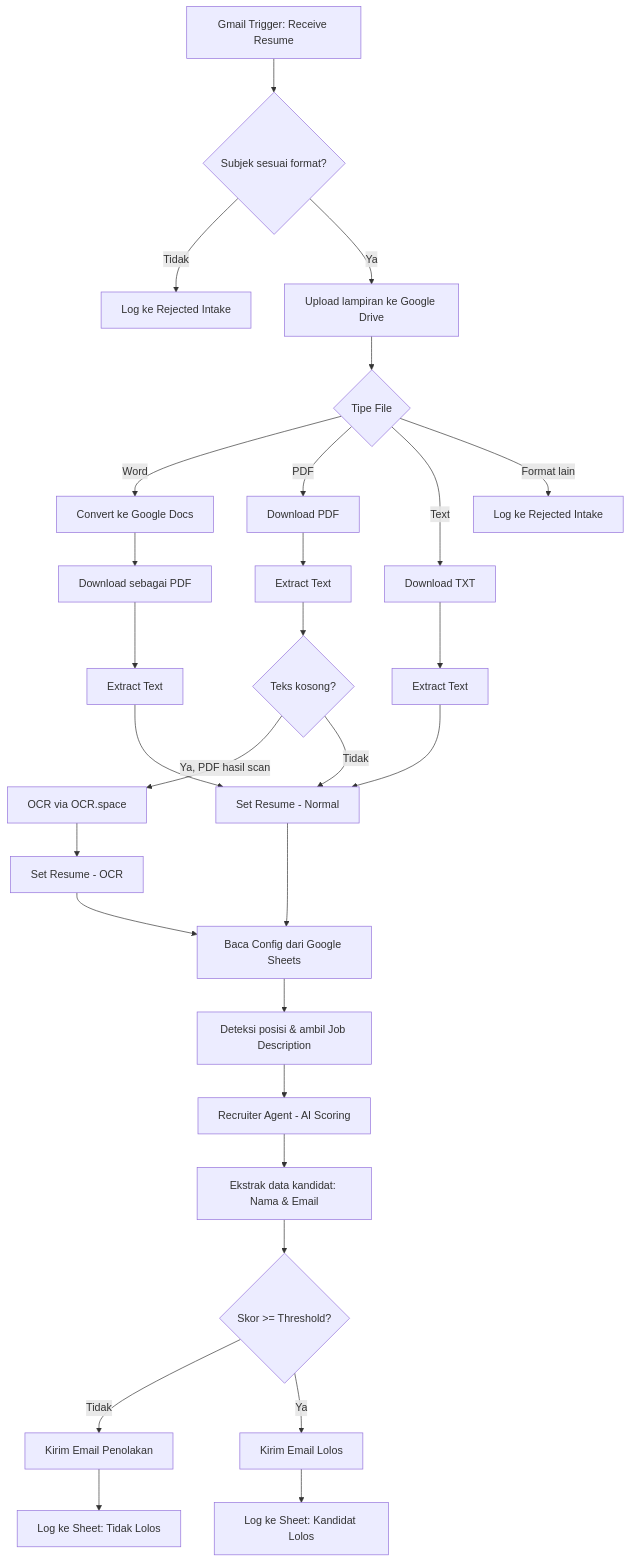
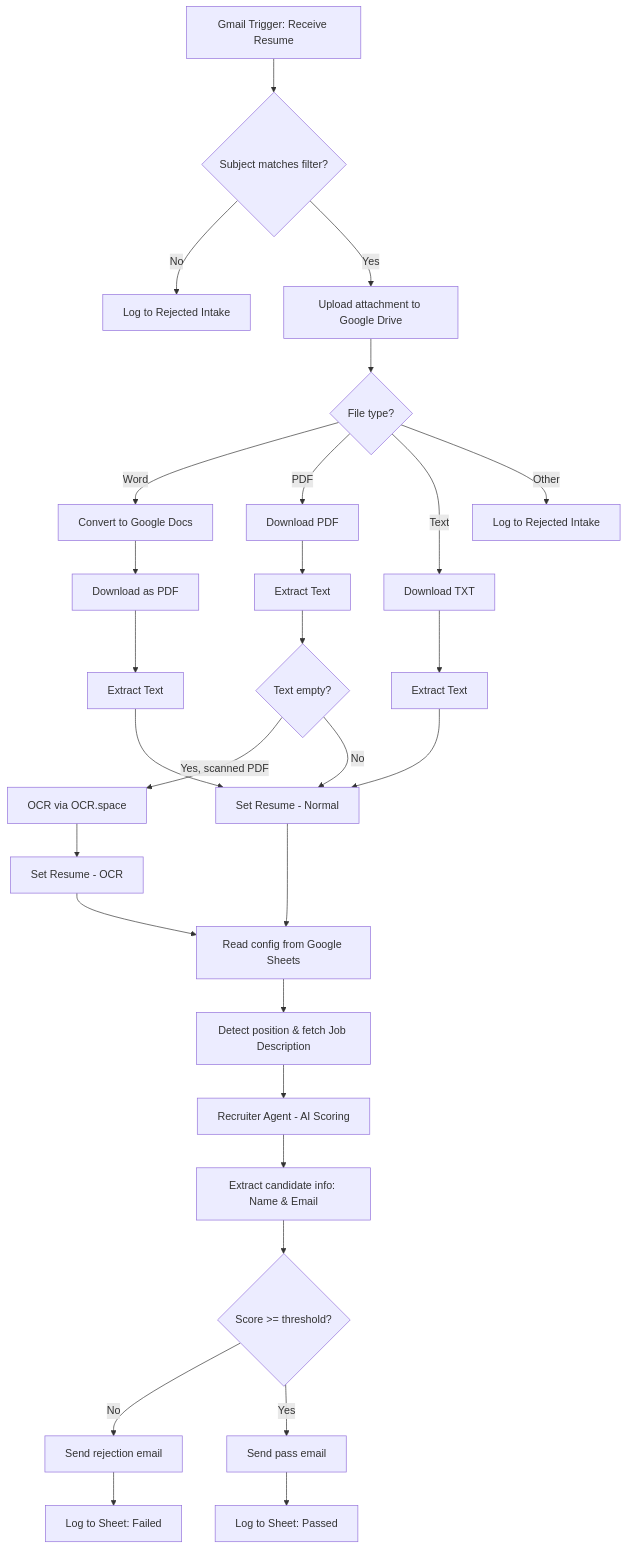
The diagram in cv-screener-ai/README.md (syahelgibran/n8n-automation-portfolio), drawn with Mermaid before and after one commit. The commit also changed other lines of this file, not shown here.

````diff
--- a/cv-screener-ai/README.md
+++ b/cv-screener-ai/README.md
@@ -18,22 +40,22 @@
 ```mermaid
 flowchart TD
-    A[Gmail Trigger: Receive Resume] --> B{Subjek sesuai format?}
-    B -- Tidak --> B1[Log ke Rejected Intake]
-    B -- Ya --> C[Upload lampiran ke Google Drive]
-    C --> D{Tipe File}
-    D -- Word --> D1[Convert ke Google Docs] --> D2[Download sebagai PDF] --> D3[Extract Text]
-    D -- PDF --> D4[Download PDF] --> D5[Extract Text] --> D6{Teks kosong?}
-    D6 -- Ya, PDF hasil scan --> D7[OCR via OCR.space] --> D8[Set Resume - OCR]
-    D6 -- Tidak --> D9[Set Resume - Normal]
+    A[Gmail Trigger: Receive Resume] --> B{Subject matches filter?}
+    B -- No --> B1[Log to Rejected Intake]
+    B -- Yes --> C[Upload attachment to Google Drive]
+    C --> D{File type?}
+    D -- Word --> D1[Convert to Google Docs] --> D2[Download as PDF] --> D3[Extract Text]
+    D -- PDF --> D4[Download PDF] --> D5[Extract Text] --> D6{Text empty?}
+    D6 -- Yes, scanned PDF --> D7[OCR via OCR.space] --> D8[Set Resume - OCR]
+    D6 -- No --> D9[Set Resume - Normal]
     D -- Text --> D10[Download TXT] --> D11[Extract Text] --> D9
-    D -- Format lain --> D12[Log ke Rejected Intake]
+    D -- Other --> D12[Log to Rejected Intake]
     D3 --> D9
-    D9 --> E[Baca Config dari Google Sheets]
+    D9 --> E[Read config from Google Sheets]
     D8 --> E
-    E --> F[Deteksi posisi & ambil Job Description]
+    E --> F[Detect position & fetch Job Description]
     F --> G[Recruiter Agent - AI Scoring]
-    G --> H[Ekstrak data kandidat: Nama & Email]
-    H --> I{Skor >= Threshold?}
-    I -- Tidak --> J1[Kirim Email Penolakan] --> K1[Log ke Sheet: Tidak Lolos]
-    I -- Ya --> J2[Kirim Email Lolos] --> K2[Log ke Sheet: Kandidat Lolos]
+    G --> H[Extract candidate info: Name & Email]
+    H --> I{Score >= threshold?}
+    I -- No --> J1[Send rejection email] --> K1[Log to Sheet: Failed]
+    I -- Yes --> J2[Send pass email] --> K2[Log to Sheet: Passed]
 ```
````
